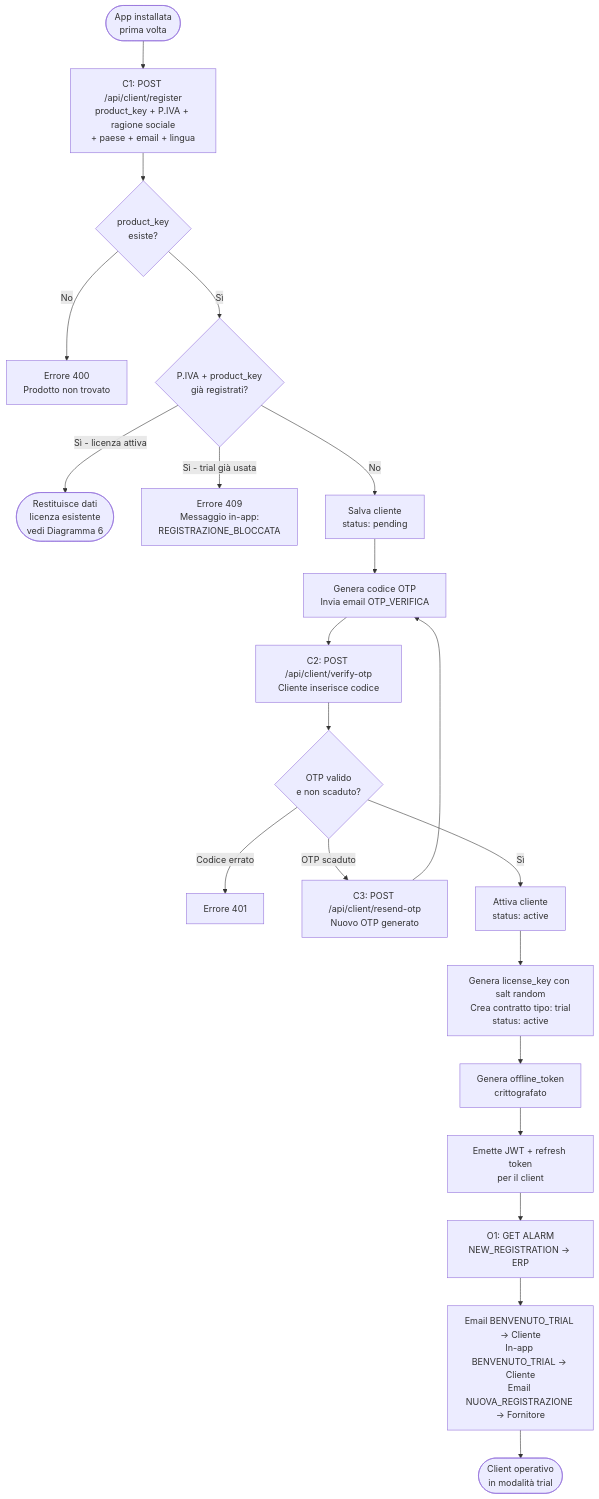
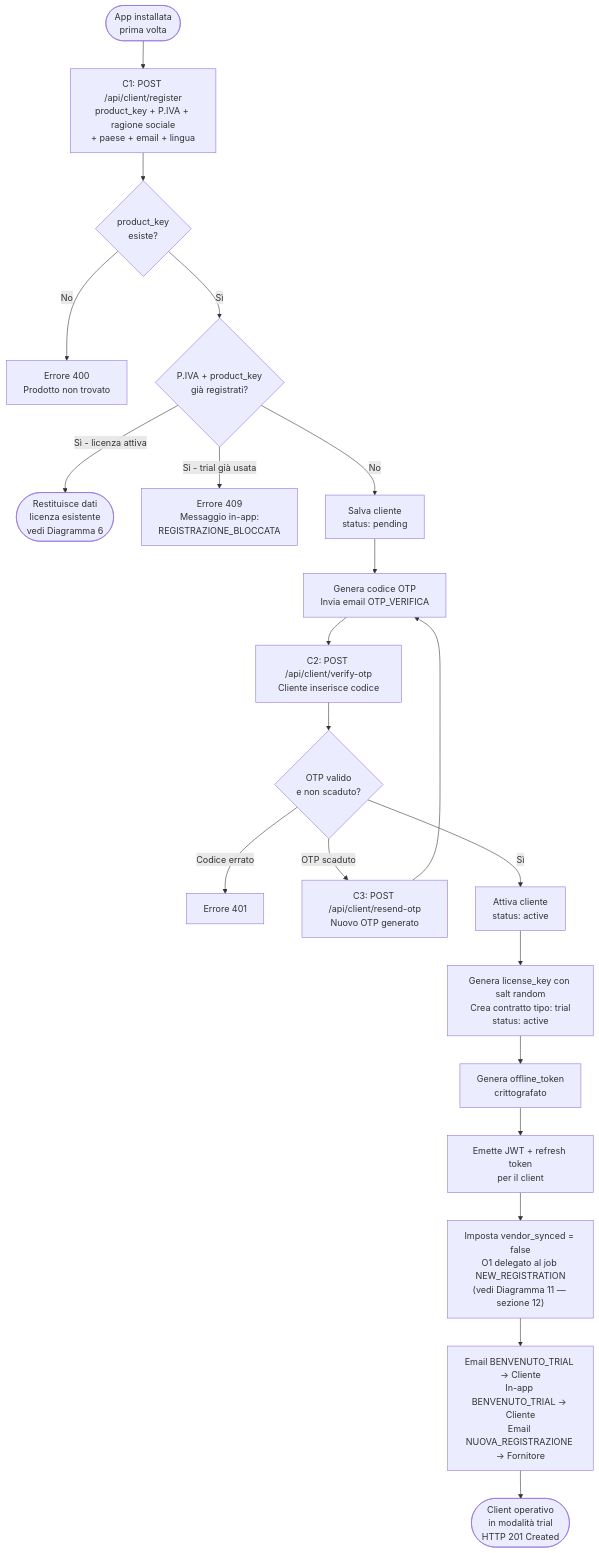
Before and after one commit to pimpy67/BK_SHIELD: the third of 13 diagrams in Flowchart_Servizio_Gestione_Licenze.md, drawn with Mermaid. The commit also changed other lines of this file and 8 other files, not shown here.

First line of the commit message:
Aggiorna analisi v4, flowchart e aggiunge endpoint v5 (decisione Alvise 09/06/2026)

````diff
--- a/Flowchart_Servizio_Gestione_Licenze.md
+++ b/Flowchart_Servizio_Gestione_Licenze.md
@@ -52,28 +60,28 @@
 ```mermaid
 flowchart TD
     START(["App installata\nprima volta"]) --> C1["C1: POST /api/client/register\nproduct_key + P.IVA + ragione sociale\n+ paese + email + lingua"]
 
     C1 --> CHK1{"product_key\nesiste?"}
     CHK1 -->|No| ERR1["Errore 400\nProdotto non trovato"]
 
     CHK1 -->|Sì| CHK2{"P.IVA + product_key\ngià registrati?"}
     CHK2 -->|Sì - licenza attiva| RETURN(["Restituisce dati\nlicenza esistente\nvedi Diagramma 6"])
     CHK2 -->|Sì - trial già usata| BLOCK["Errore 409\nMessaggio in-app:\nREGISTRAZIONE_BLOCCATA"]
     CHK2 -->|No| SAVE["Salva cliente\nstatus: pending"]
 
     SAVE --> OTP["Genera codice OTP\nInvia email OTP_VERIFICA"]
     OTP --> C2["C2: POST /api/client/verify-otp\nCliente inserisce codice"]
 
     C2 --> CHK3{"OTP valido\ne non scaduto?"}
     CHK3 -->|Codice errato| ERR2["Errore 401"]
     CHK3 -->|OTP scaduto| C3["C3: POST /api/client/resend-otp\nNuovo OTP generato"]
     C3 --> OTP
 
     CHK3 -->|Sì| ACT["Attiva cliente\nstatus: active"]
     ACT --> CONT["Genera license_key con salt random\nCrea contratto tipo: trial\nstatus: active"]
     CONT --> OFFLINE["Genera offline_token\ncrittografato"]
     OFFLINE --> TOKENS["Emette JWT + refresh token\nper il client"]
-    TOKENS --> ALARM["O1: GET ALARM\nNEW_REGISTRATION → ERP"]
-    ALARM --> NOTIFY["Email BENVENUTO_TRIAL → Cliente\nIn-app BENVENUTO_TRIAL → Cliente\nEmail NUOVA_REGISTRAZIONE → Fornitore"]
-    NOTIFY --> END(["Client operativo\nin modalità trial"])
+    TOKENS --> SET_SYNC["Imposta vendor_synced = false\nO1 delegato al job NEW_REGISTRATION\n(vedi Diagramma 11 — sezione 12)"]
+    SET_SYNC --> NOTIFY["Email BENVENUTO_TRIAL → Cliente\nIn-app BENVENUTO_TRIAL → Cliente\nEmail NUOVA_REGISTRAZIONE → Fornitore"]
+    NOTIFY --> END(["Client operativo\nin modalità trial\nHTTP 201 Created"])
 ```
````
